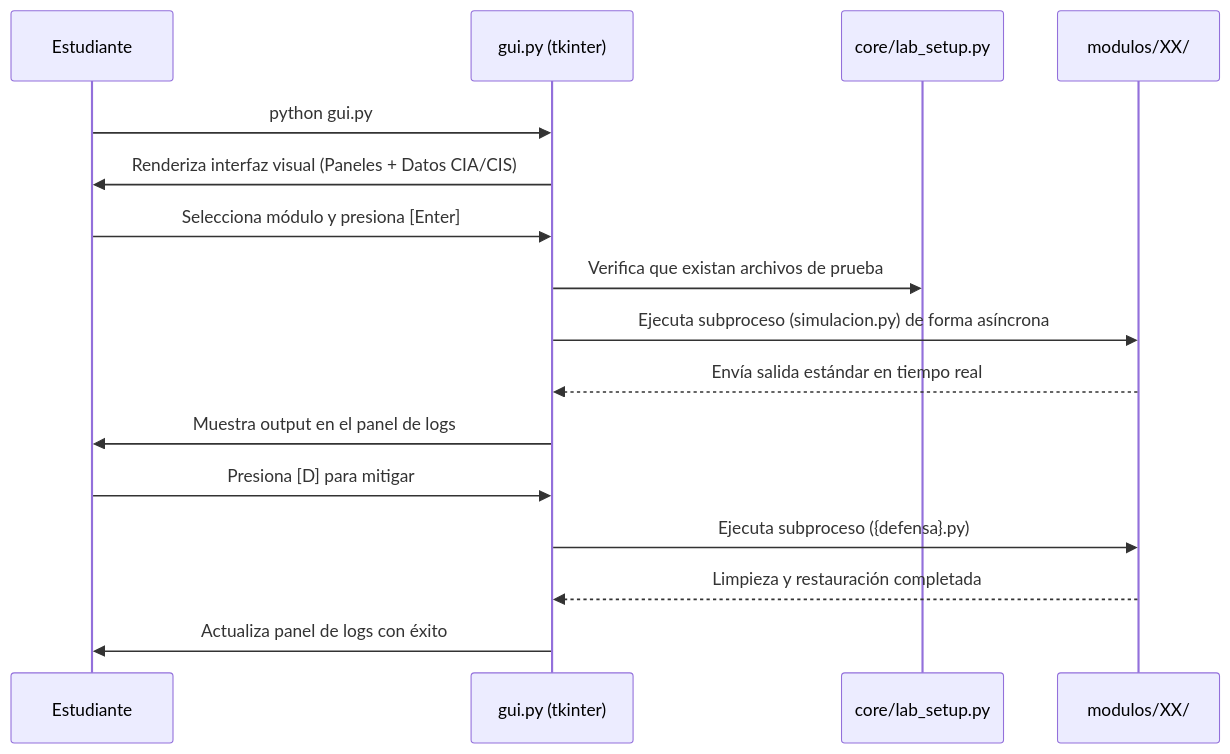
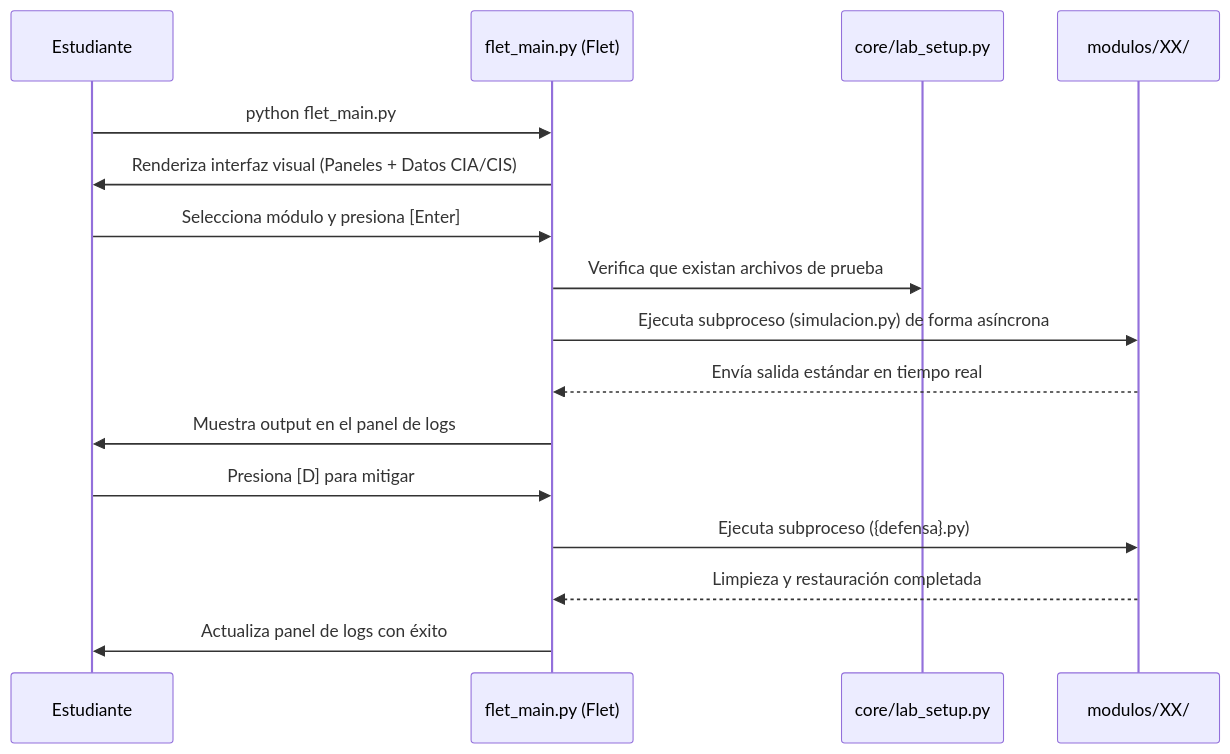
The second of 3 diagrams in README.md (dozelix/easml-framework), drawn with Mermaid before and after one commit. The commit also changed other lines of this file and 28 other files, not shown here.

First line of the commit message:
refactor: elimina GUI tkinter, solo queda Flet

````diff
--- a/README.md
+++ b/README.md
@@ -104,20 +104,20 @@
 ```mermaid
 sequenceDiagram
     participant E as Estudiante
-    participant G as gui.py (tkinter)
+    participant G as flet_main.py (Flet)
     participant S as core/lab_setup.py
     participant M as modulos/XX/
 
-    E->>G: python gui.py
+    E->>G: python flet_main.py
     G->>E: Renderiza interfaz visual (Paneles + Datos CIA/CIS)
     E->>G: Selecciona módulo y presiona [Enter]
     G->>S: Verifica que existan archivos de prueba
     G->>M: Ejecuta subproceso (simulacion.py) de forma asíncrona
     M-->>G: Envía salida estándar en tiempo real
     G->>E: Muestra output en el panel de logs
     E->>G: Presiona [D] para mitigar
     G->>M: Ejecuta subproceso ({defensa}.py)
     M-->>G: Limpieza y restauración completada
     G->>E: Actualiza panel de logs con éxito
 
 ```
````
